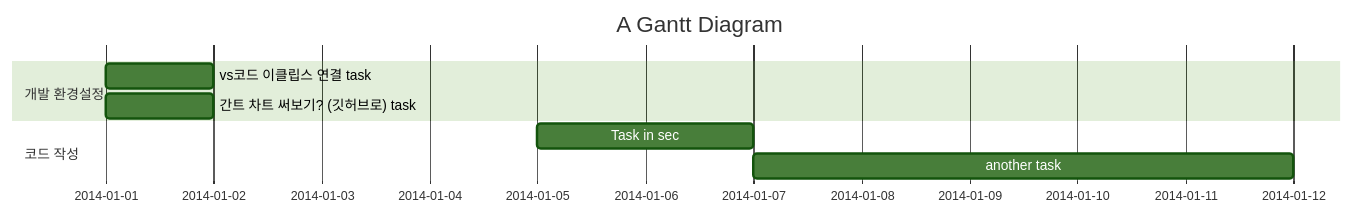
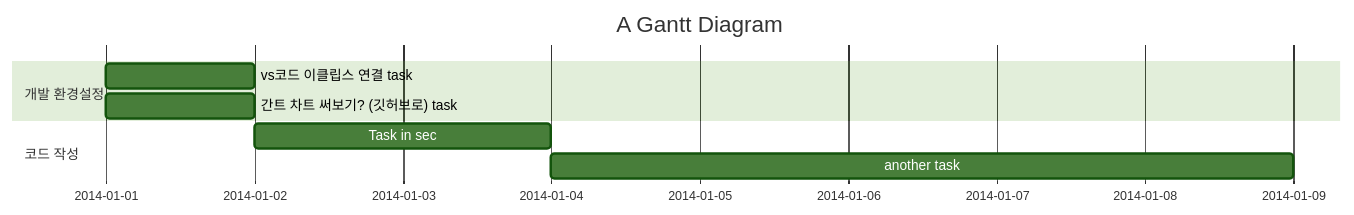
Before and after one commit to UDONGSALI/Toy-Project: the diagram in README.md, drawn with Mermaid (forest theme).

````diff
--- a/README.md
+++ b/README.md
@@ -1,11 +1,11 @@
 ```mermaid
 gantt
     title A Gantt Diagram
     dateFormat  YYYY-MM-DD
     section 개발 환경설정
     vs코드 이클립스 연결 task           :a1, 2014-01-01, 1d
     간트 차트 써보기? (깃허브로) task     :a1, 2014-01-01, 1d
     section 코드 작성
-    Task in sec      :2014-01-5  , 2d
+    Task in sec      :2014-01-02  , 2d
     another task      : 5d
 ```
````
